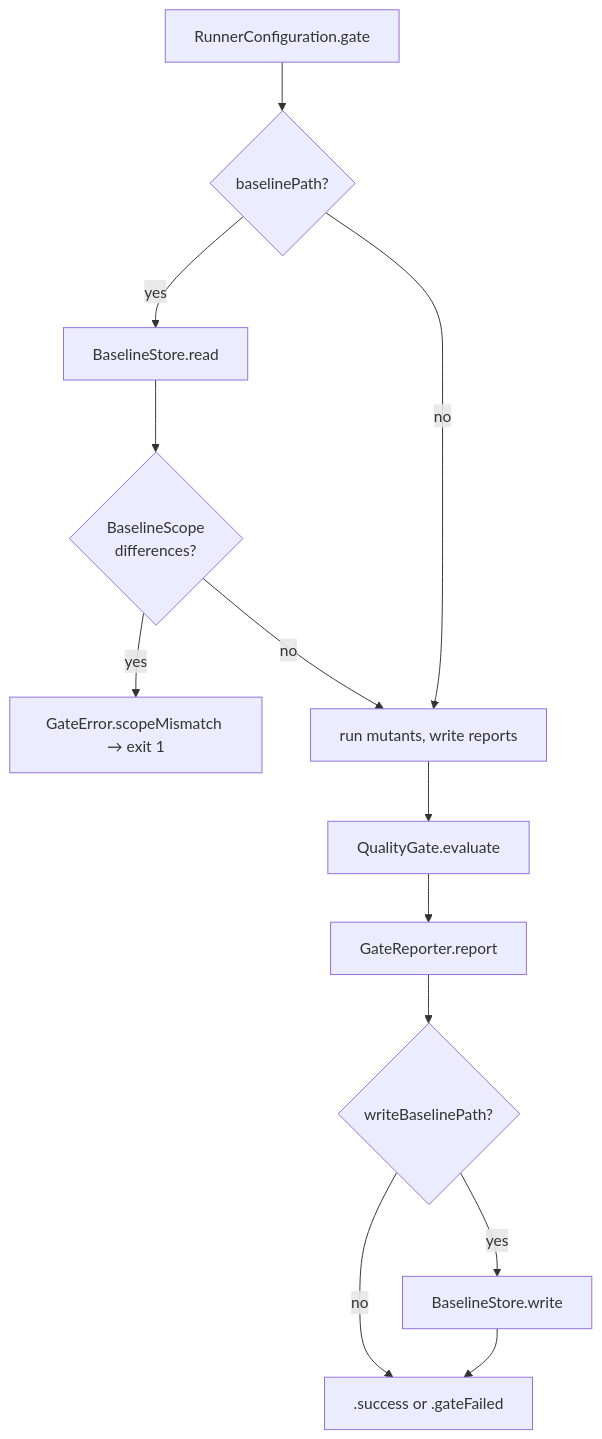
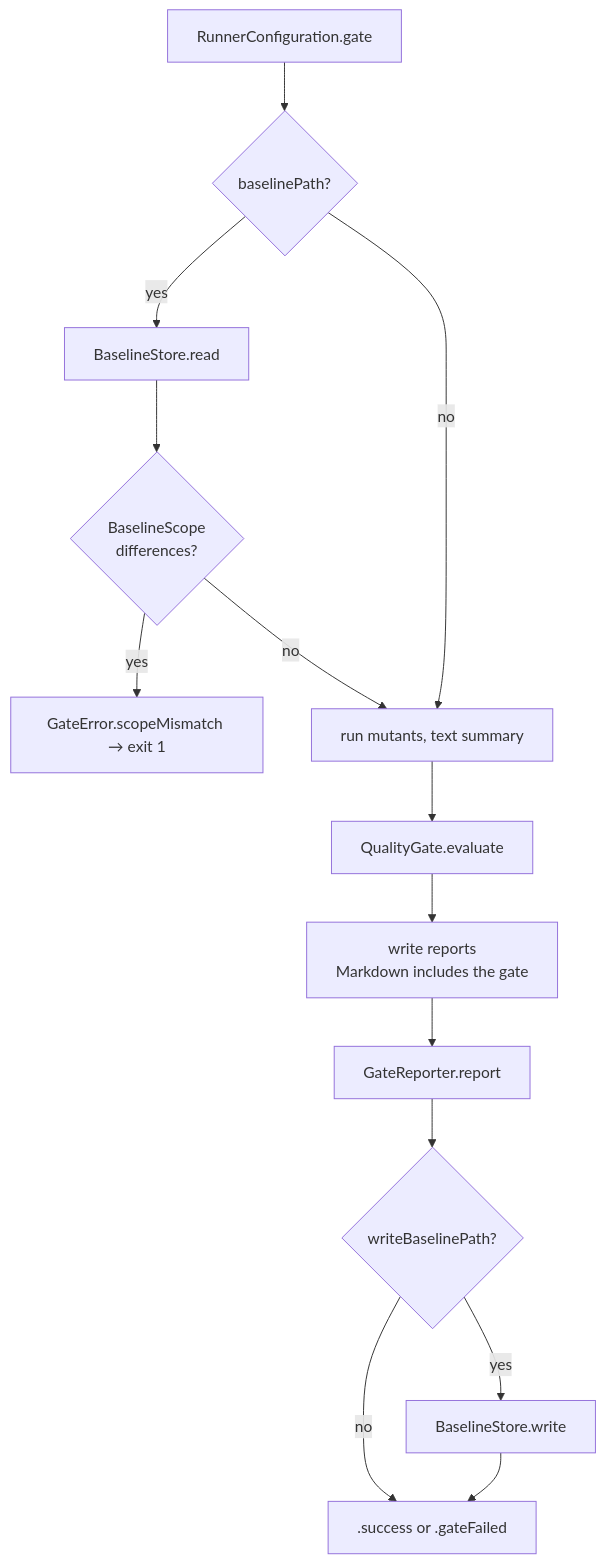
Before and after one commit to C24-Bank/swift-mutation-testing: the diagram in Docs/CodeBase/10-quality-gate.md, drawn with Mermaid. The commit also changed other lines of this file and 7 other files, not shown here.

Commit message:
docs: document the SARIF and Markdown reporters in the codebase and architecture reference

````diff
--- a/Docs/CodeBase/10-quality-gate.md
+++ b/Docs/CodeBase/10-quality-gate.md
@@ -9,15 +9,16 @@
 ```mermaid
 flowchart TD
     CFG[RunnerConfiguration.gate] --> LOAD{baselinePath?}
     LOAD -- yes --> READ[BaselineStore.read]
     READ --> SCOPE{BaselineScope\ndifferences?}
     SCOPE -- yes --> ERR[GateError.scopeMismatch → exit 1]
-    SCOPE -- no --> RUN[run mutants, write reports]
+    SCOPE -- no --> RUN[run mutants, text summary]
     LOAD -- no --> RUN
     RUN --> EVAL[QualityGate.evaluate]
-    EVAL --> REP[GateReporter.report]
+    EVAL --> REPORTS[write reports\nMarkdown includes the gate]
+    REPORTS --> REP[GateReporter.report]
     REP --> WRITE{writeBaselinePath?}
     WRITE -- yes --> STORE[BaselineStore.write]
     WRITE -- no --> CODE
     STORE --> CODE[.success or .gateFailed]
 ```
````
